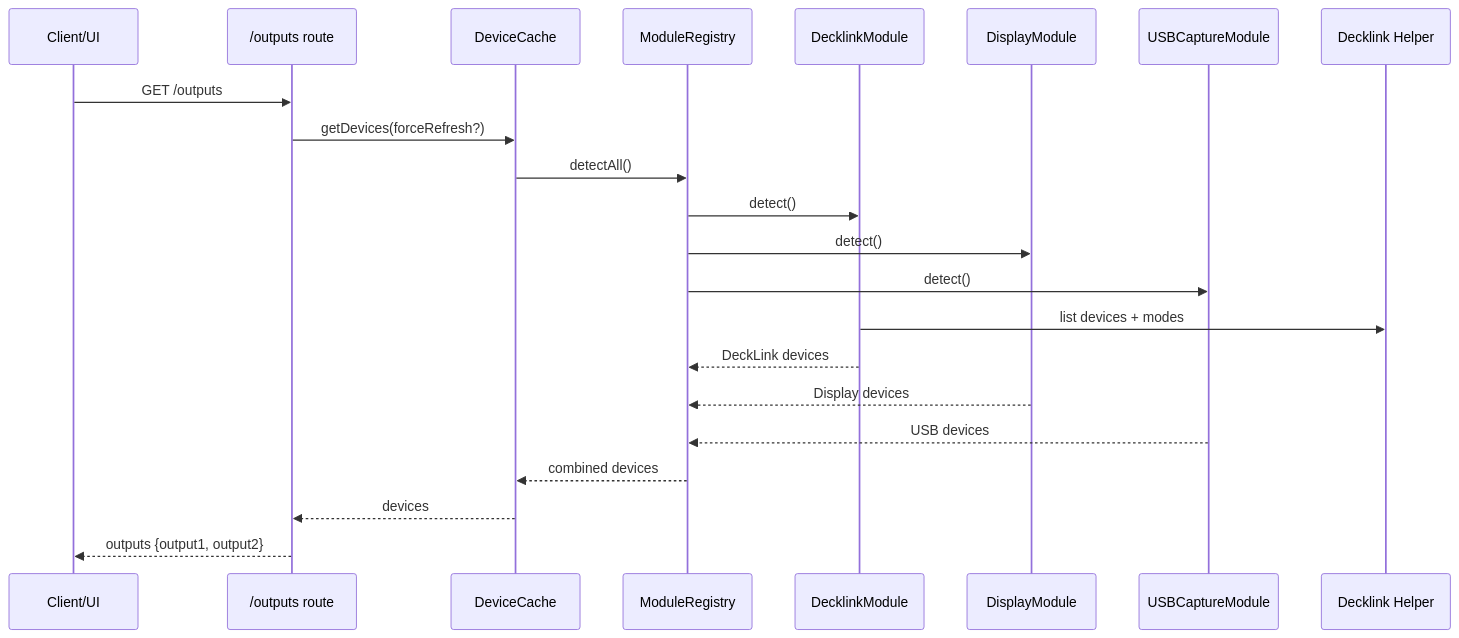
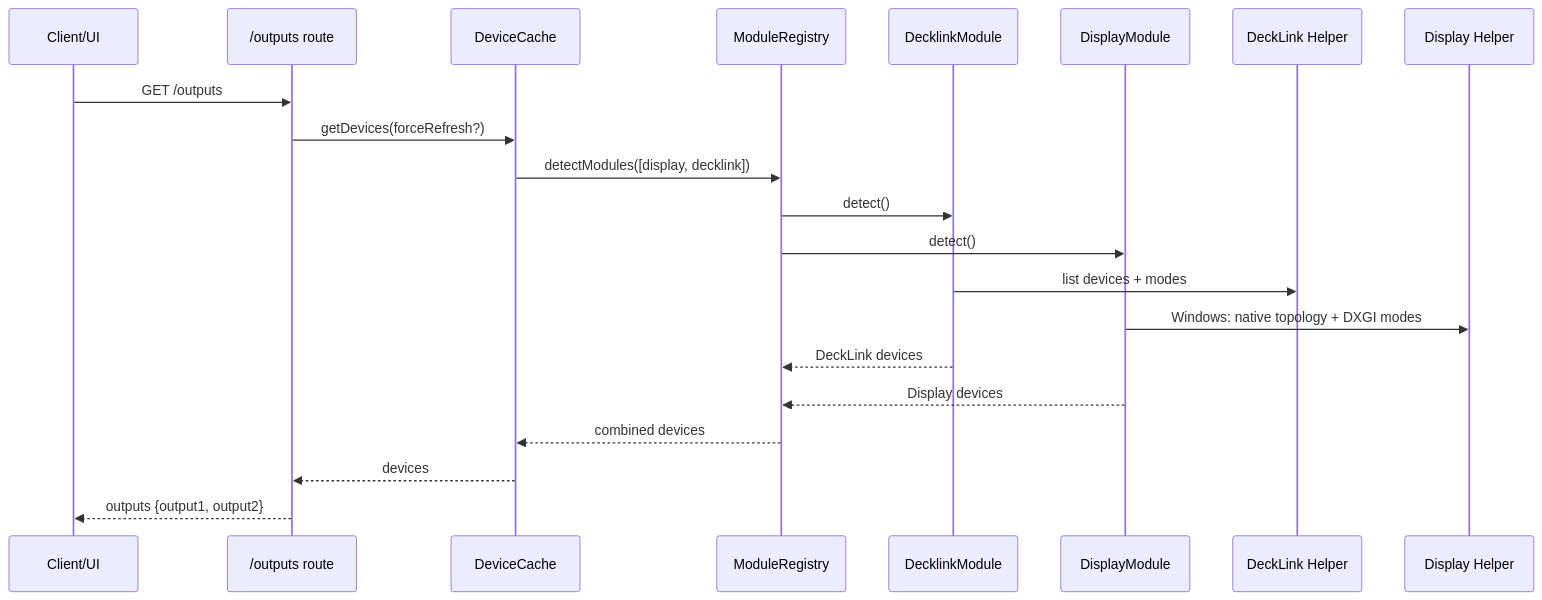
One commit to pivotrecruiting/broadify-bridge changed the diagram in docs/bridge/subsystems/device-discovery.md. Above: the diagram before and after it, drawn with Mermaid. The commit also changed other lines of this file and 18 other files, not shown here.

Commit message:
fix(devices): isolate output discovery and preserve cache

````diff
--- a/docs/bridge/subsystems/device-discovery.md
+++ b/docs/bridge/subsystems/device-discovery.md
@@ -23,25 +23,24 @@
 ```mermaid
 sequenceDiagram
   participant UI as Client/UI
   participant Outputs as /outputs route
   participant Cache as DeviceCache
   participant Registry as ModuleRegistry
   participant Decklink as DecklinkModule
   participant Display as DisplayModule
-  participant USB as USBCaptureModule
-  participant Helper as Decklink Helper
+  participant DeckHelper as DeckLink Helper
+  participant DisplayHelper as Display Helper
 
   UI->>Outputs: GET /outputs
   Outputs->>Cache: getDevices(forceRefresh?)
-  Cache->>Registry: detectAll()
+  Cache->>Registry: detectModules([display, decklink])
   Registry->>Decklink: detect()
   Registry->>Display: detect()
-  Registry->>USB: detect()
-  Decklink->>Helper: list devices + modes
+  Decklink->>DeckHelper: list devices + modes
+  Display->>DisplayHelper: Windows: native topology + DXGI modes
   Decklink-->>Registry: DeckLink devices
   Display-->>Registry: Display devices
-  USB-->>Registry: USB devices
   Registry-->>Cache: combined devices
   Cache-->>Outputs: devices
   Outputs-->>UI: outputs {output1, output2}
 ```
````
